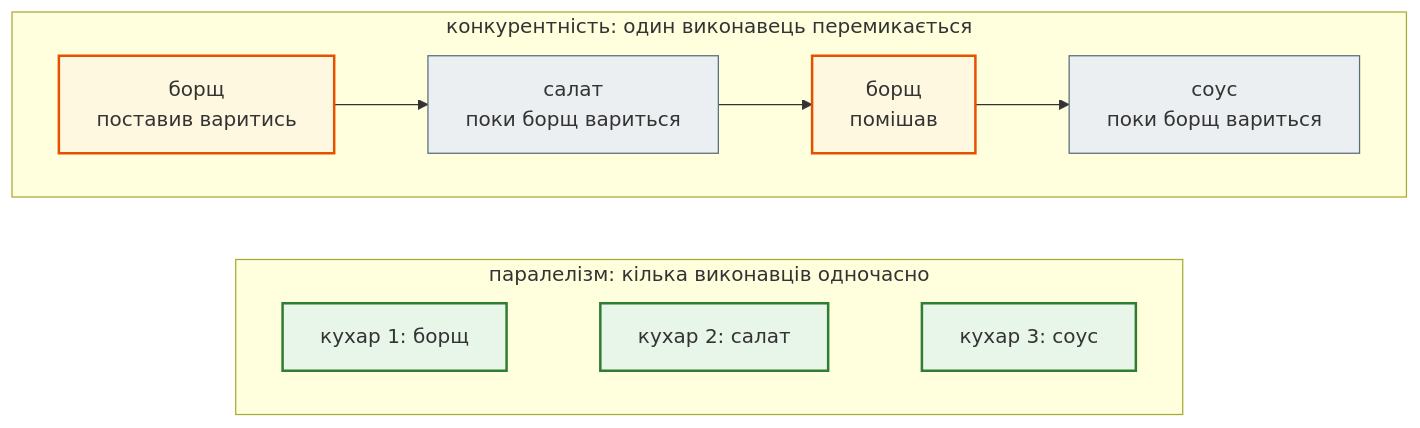
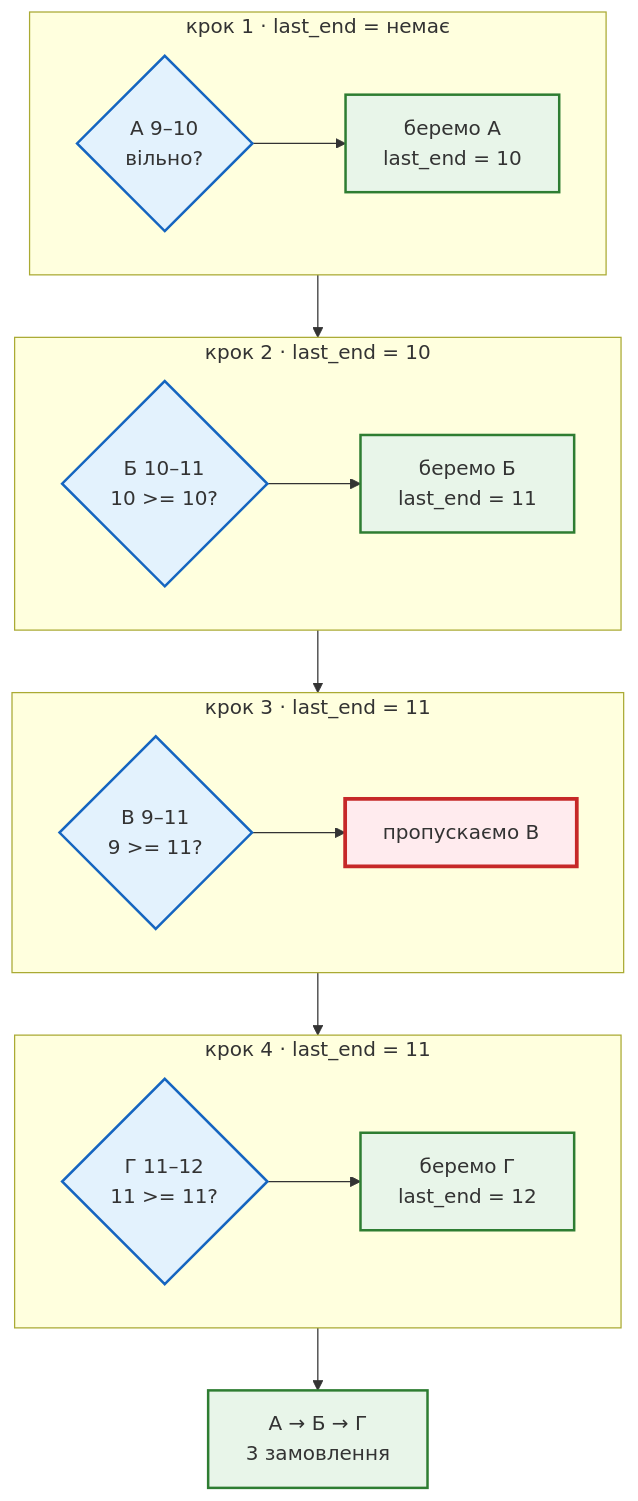
One commit to AlinaRadchenko/PY-Course-Victor-Nikoriak-22-09-2026 changed the second of 5 diagrams in docs/modules/m2/lesson_27.md. Above: the diagram before and after it, drawn with Mermaid. The commit also changed other lines of this file and 1846 other files, not shown here.

````diff
--- a/docs/modules/m2/lesson_27.md
+++ b/docs/modules/m2/lesson_27.md
@@ -101,22 +128,31 @@
 ```mermaid
 flowchart TD
     classDef step     fill:#eceff1,stroke:#546e7a,stroke-width:1px;
     classDef decision fill:#e3f2fd,stroke:#1565c0,stroke-width:2px;
     classDef success  fill:#e8f5e9,stroke:#2e7d32,stroke-width:2px;
     classDef error    fill:#ffebee,stroke:#c62828,stroke-width:3px;
     classDef warning  fill:#fff8e1,stroke:#e65100,stroke-width:2px;
 
-    subgraph C["конкурентність: один виконавець перемикається"]
+    subgraph S1["крок 1 · last_end = немає"]
         direction LR
-        C1["борщ<br>поставив варитись"] --> C2["салат<br>поки борщ вариться"] --> C3["борщ<br>помішав"] --> C4["соус<br>поки борщ вариться"]
+        Q1{"А 9–10<br>вільно?"} --> T1["беремо А<br>last_end = 10"]
     end
-    subgraph P["паралелізм: кілька виконавців одночасно"]
+    subgraph S2["крок 2 · last_end = 10"]
         direction LR
-        P1["кухар 1: борщ"] ~~~ P2["кухар 2: салат"] ~~~ P3["кухар 3: соус"]
+        Q2{"Б 10–11<br>10 >= 10?"} --> T2["беремо Б<br>last_end = 11"]
     end
-    C ~~~ P
+    subgraph S3["крок 3 · last_end = 11"]
+        direction LR
+        Q3{"В 9–11<br>9 >= 11?"} --> T3["пропускаємо В"]
+    end
+    subgraph S4["крок 4 · last_end = 11"]
+        direction LR
+        Q4{"Г 11–12<br>11 >= 11?"} --> T4["беремо Г<br>last_end = 12"]
+    end
+    S1 --> S2 --> S3 --> S4 --> R["А → Б → Г<br>3 замовлення"]
 
-    class C1,C3 warning
-    class C2,C4 step
-    class P1,P2,P3 success
+    class Q1,Q2,Q3,Q4 decision
+    class T1,T2,T4 success
+    class T3 error
+    class R success
 ```
````
